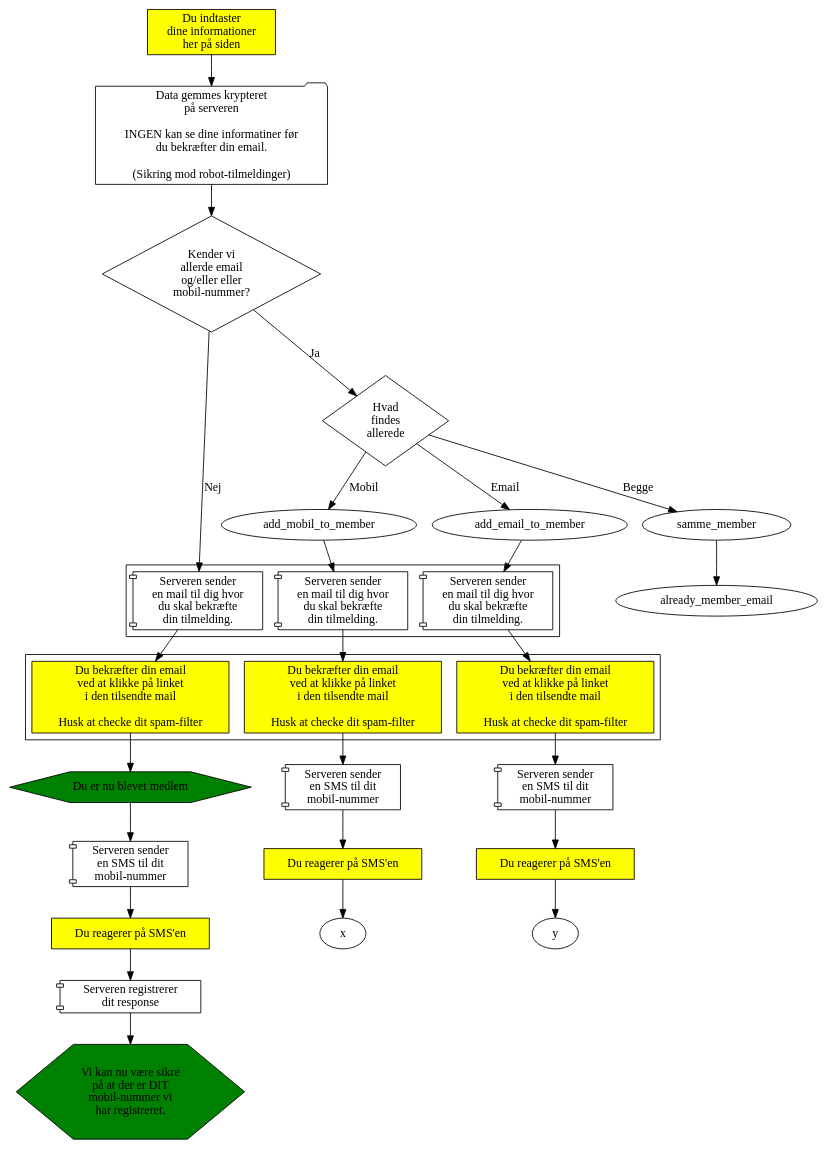
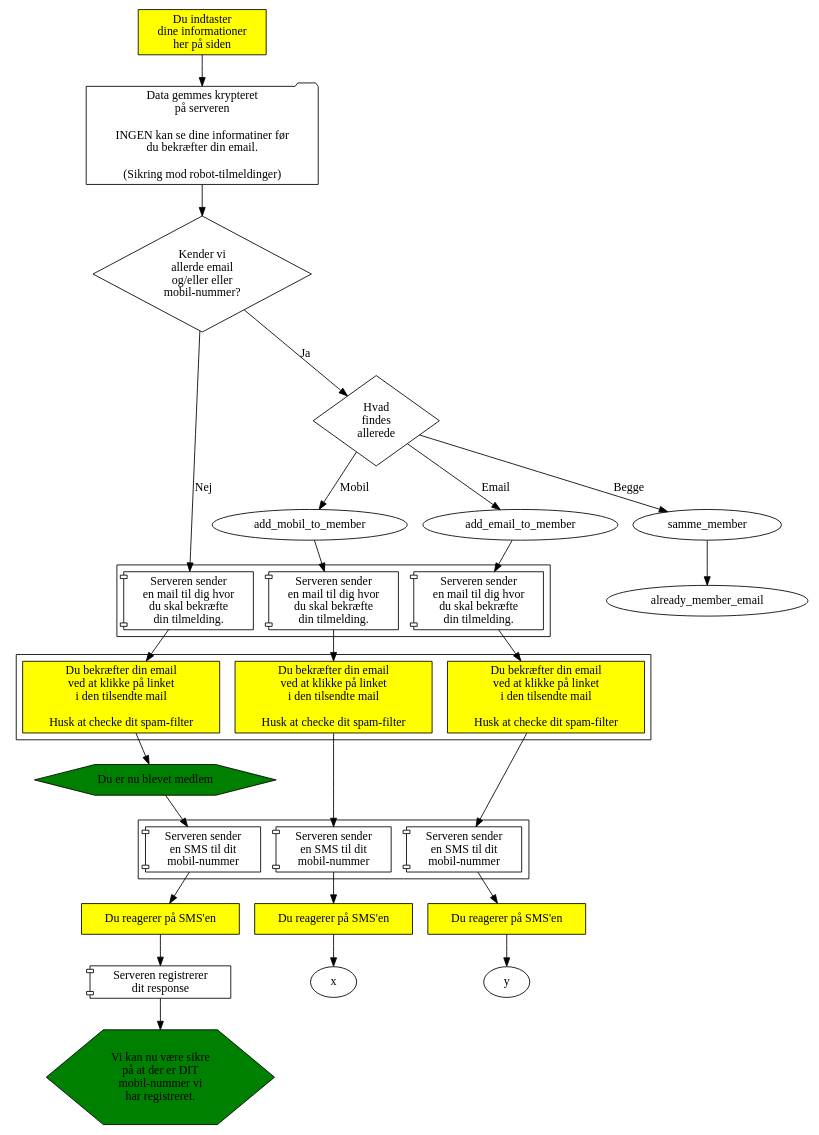
Before and after one commit to alslug/alslug.dk: the diagram in medlemskab/indmeldelse.dot, drawn with Graphviz.

```diff
--- a/medlemskab/indmeldelse.dot
+++ b/medlemskab/indmeldelse.dot
@@ -1,56 +1,56 @@
 digraph indmeldelse {
   { # Dine handlinger
     node [ shape=box style=filled fillcolor=yellow ];
     indtast                [label="Du indtaster\ndine informationer\nher på siden"];
     subgraph cluster_confirm_email {
       node          [label="Du bekræfter din email\nved at klikke på linket\ni den tilsendte mail\n\nHusk at checke dit spam-filter"];
       confirm_email_nyt_medlem;
       confirm_email_add_email;
       confirm_email_add_mobil;
     }
     subgraph confirm_sms {
       node            [label="Du reagerer på SMS'en"];
       confirm_sms_nyt_medlem;
       confirm_sms_add_email;
       confirm_sms_add_mobil;
     }
   }
   send_tilmelding        [shape=folder label="Data gemmes krypteret\npå serveren\n\nINGEN kan se dine informatiner før\ndu bekræfter din email.\n\n(Sikring mod robot-tilmeldinger)"];
   { # Server-aktiviteter
     node [shape=component];
     subgraph cluster_server_sender_email {
       node [label="Serveren sender\nen mail til dig hvor\ndu skal bekræfte\ndin tilmelding."];
       server_sender_emai_nyt_medlem;
       server_sender_email_add_email;
       server_sender_email_add_mobil;
     }
-    subgraph clluster_server_sender_sms {
+    subgraph cluster_server_sender_sms {
       node      [label="Serveren sender\nen SMS til dit\nmobil-nummer"];
       server_sender_sms_nyt_medlem;
       server_sender_sms_add_email;
       server_sender_sms_add_mobil;
     }
     sms_confirmed          [label="Serveren registrerer\ndit response"];
   }
   { # Results
     node [shape=hexagon   style=filled fillcolor=green ];
     du_biver_medlem  [label="Du er nu blevet medlem"];
     mobile_ok        [label="Vi kan nu være sikre\npå at der er DIT\nmobil-nummer vi\nhar registreret."]; 
   }
   { # Valg
     node [shape=diamond];
     findes_allerede        [label="Kender vi\nallerde email\nog/eller eller\nmobil-nummer?"];
     hvad_findes_allerede   [label="Hvad\nfindes\nallerede"];
   }
 
   indtast -> send_tilmelding -> findes_allerede;
                                 findes_allerede -> server_sender_emai_nyt_medlem [label="Nej"];
                                                    server_sender_emai_nyt_medlem -> confirm_email_nyt_medlem -> du_biver_medlem -> server_sender_sms_nyt_medlem -> confirm_sms_nyt_medlem -> sms_confirmed -> mobile_ok;
                                 findes_allerede -> hvad_findes_allerede   [label="Ja"];
                                                    hvad_findes_allerede-> samme_member         [label="Begge"];
                                                                           samme_member -> already_member_email;
                                                    hvad_findes_allerede -> add_mobil_to_member [label="Mobil"];
                                                                            add_mobil_to_member -> server_sender_email_add_email  -> confirm_email_add_email -> server_sender_sms_add_email -> confirm_sms_add_email -> x;
                                                    hvad_findes_allerede -> add_email_to_member [label="Email"];
                                                                            add_email_to_member -> server_sender_email_add_mobil  -> confirm_email_add_mobil -> server_sender_sms_add_mobil -> confirm_sms_add_mobil -> y;
 }
```
